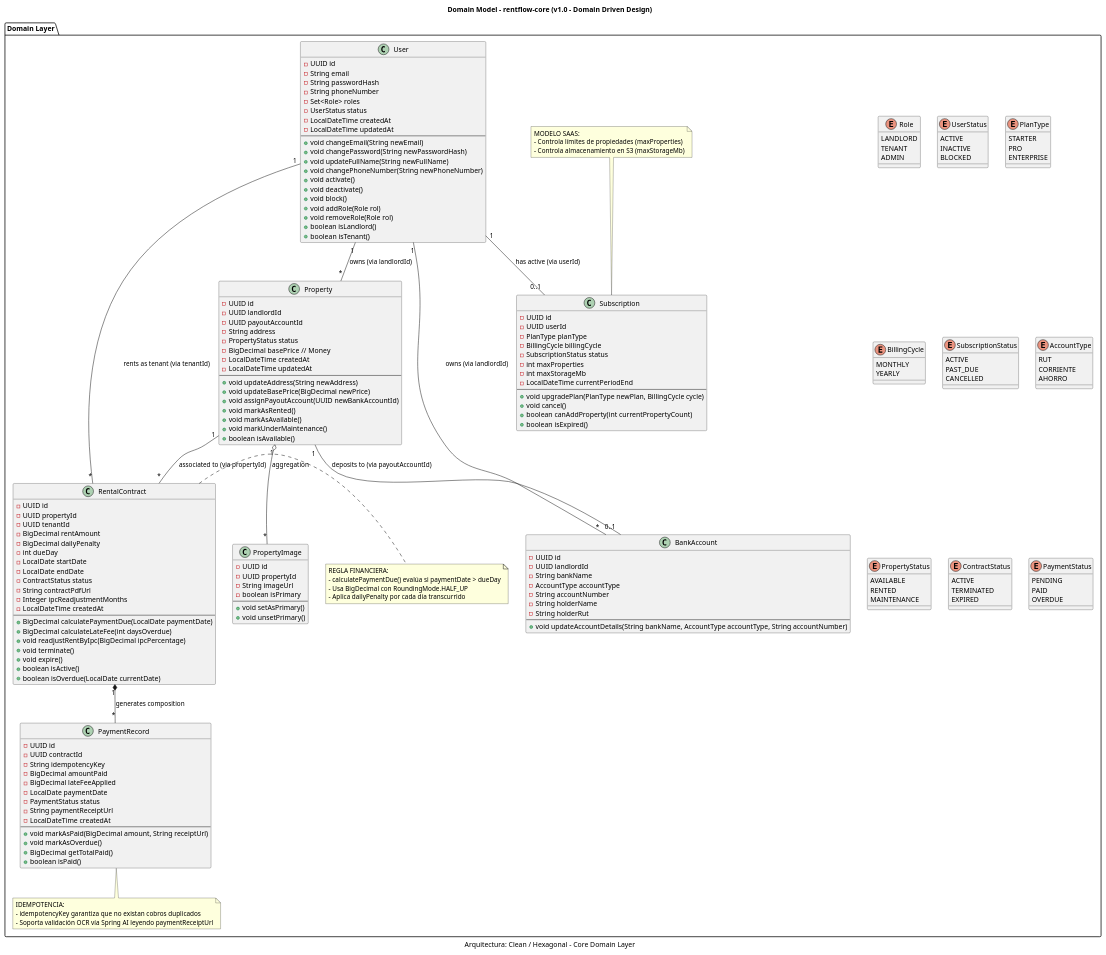
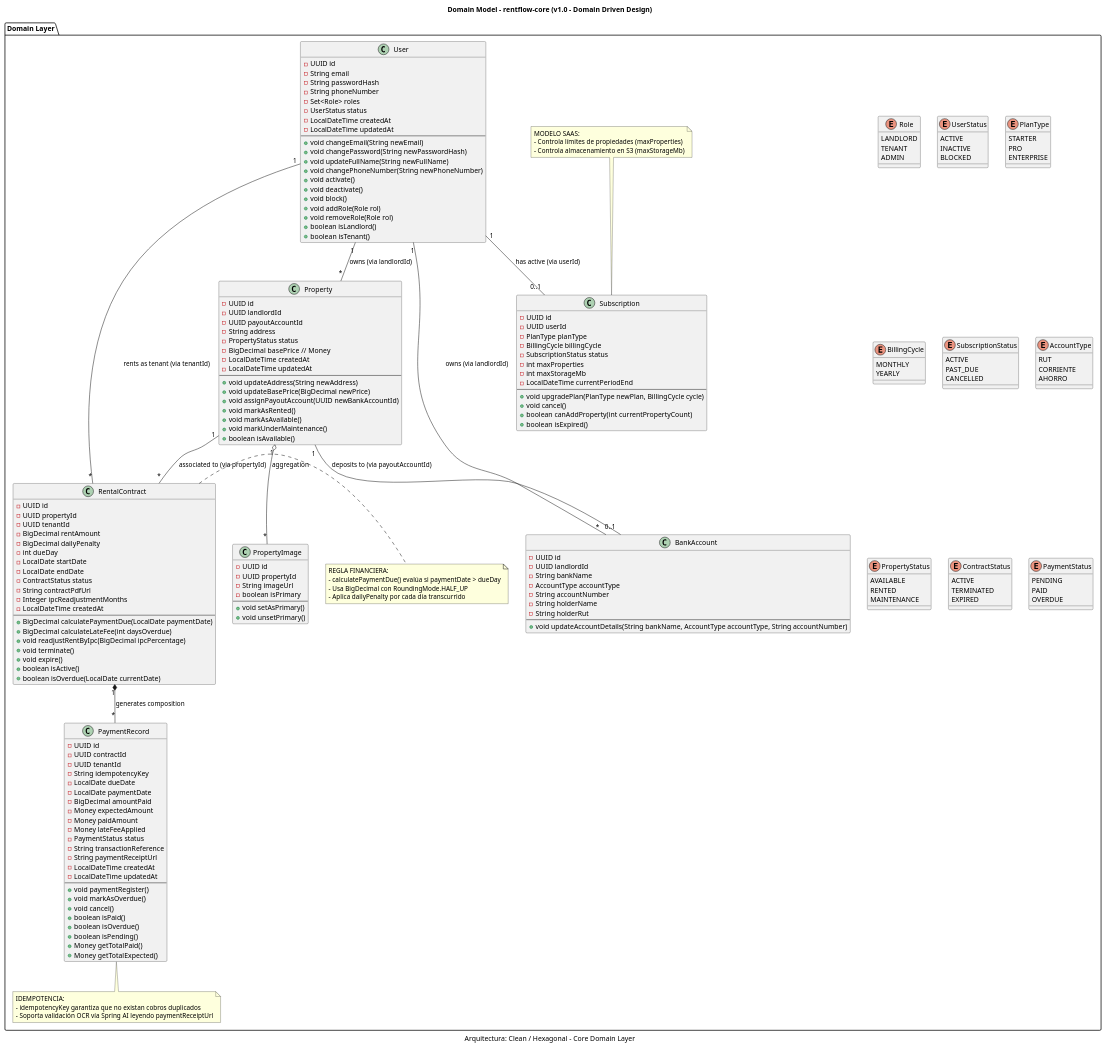
Before and after one commit to marcobustosblas/rentflow-core: the diagram in docs/domain-model.puml, drawn with PlantUML. The commit also changed 3 other files, not shown here.

```diff
--- a/docs/domain-model.puml
+++ b/docs/domain-model.puml
@@ -192,18 +192,28 @@
     class PaymentRecord {
         - UUID id
         - UUID contractId
+        - UUID tenantId
         - String idempotencyKey
+        - LocalDate dueDate
+        - LocalDate paymentDate
         - BigDecimal amountPaid
-        - BigDecimal lateFeeApplied
-        - LocalDate paymentDate
+        - Money expectedAmount
+        - Money paidAmount
+        - Money lateFeeApplied
         - PaymentStatus status
+        - String transactionReference
         - String paymentReceiptUrl
         - LocalDateTime createdAt
+        - LocalDateTime updatedAt
         ---
-        + void markAsPaid(BigDecimal amount, String receiptUrl)
+        + void paymentRegister()
         + void markAsOverdue()
-        + BigDecimal getTotalPaid()
+        + void cancel()
         + boolean isPaid()
+        + boolean isOverdue()
+        + boolean isPending()
+        + Money getTotalPaid()
+        + Money getTotalExpected()
     }
 
     ' ==========================================
```
